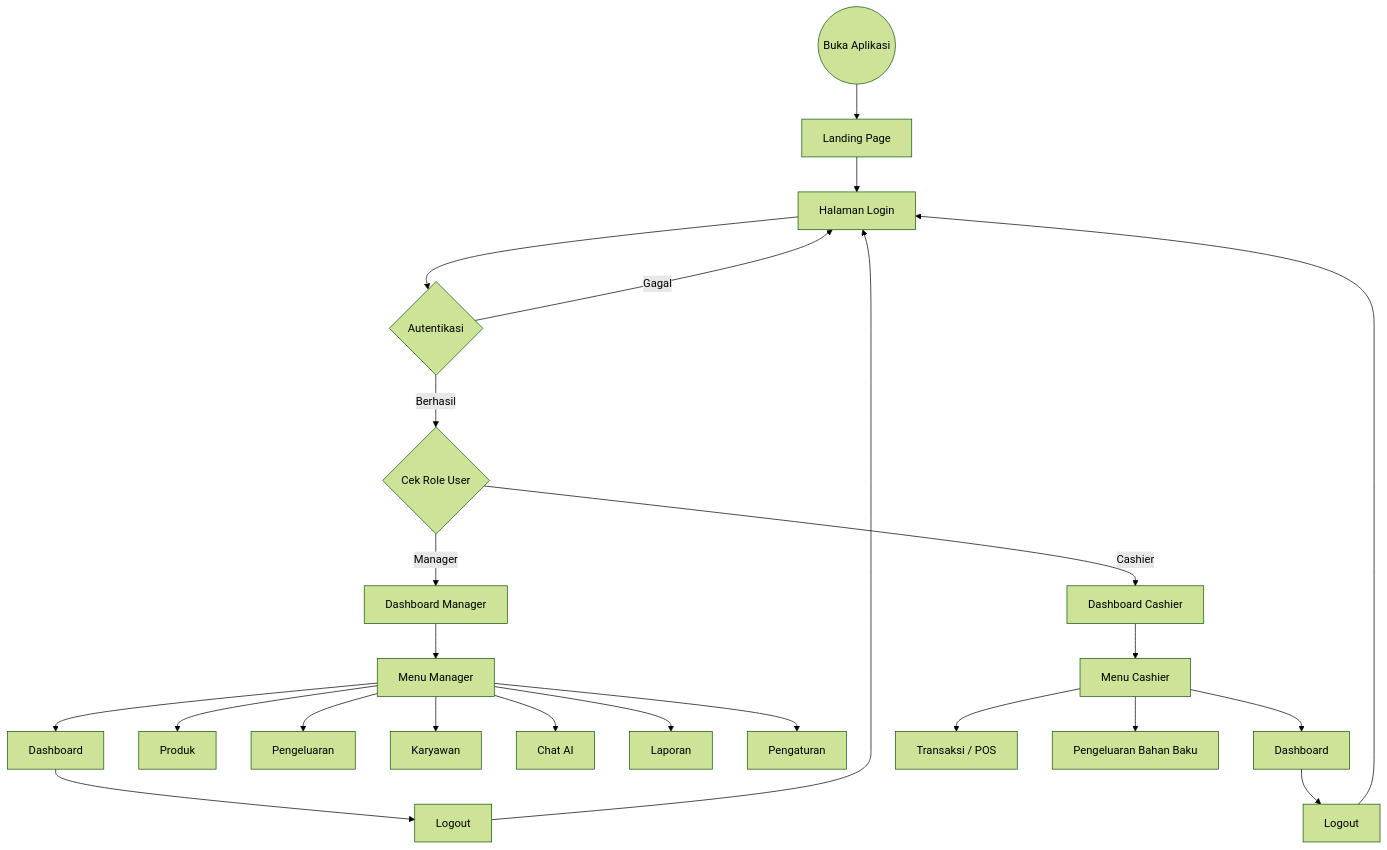
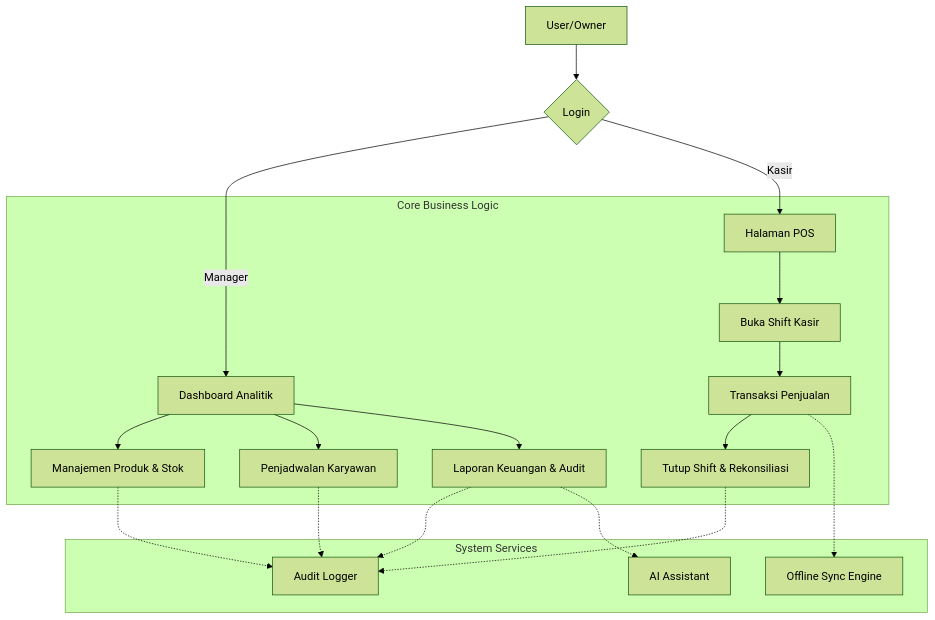
The diagram in docs/flowcharts/01_overview_system.mmd (Niervash/Teratur-ID--POS-), drawn with Mermaid (forest theme) before and after one commit. The commit also changed 23 other files, not shown here.

```diff
--- a/docs/flowcharts/01_overview_system.mmd
+++ b/docs/flowcharts/01_overview_system.mmd
@@ -1,27 +1,23 @@
-flowchart TD
-    START((Buka Aplikasi)) --> LANDING[Landing Page]
-    LANDING --> LOGIN[Halaman Login]
-    LOGIN --> AUTH{Autentikasi}
-    AUTH -->|Gagal| LOGIN
-    AUTH -->|Berhasil| ROLE{Cek Role User}
-    ROLE -->|Manager| MGR_DASH[Dashboard Manager]
-    ROLE -->|Cashier| CSR_DASH[Dashboard Cashier]
+graph TD
+    A[User/Owner] --> B{Login}
+    B -->|Manager| C[Dashboard Analitik]
+    B -->|Kasir| D[Halaman POS]
+    
+    subgraph "Core Business Logic"
+        C --> C1[Manajemen Produk & Stok]
+        C --> C2[Penjadwalan Karyawan]
+        C --> C3[Laporan Keuangan & Audit]
+        D --> D1[Buka Shift Kasir]
+        D1 --> D2[Transaksi Penjualan]
+        D2 --> D3[Tutup Shift & Rekonsiliasi]
+    end
 
-    MGR_DASH --> MGR_MENU[Menu Manager]
-    MGR_MENU --> M1[Dashboard]
-    MGR_MENU --> M2[Produk]
-    MGR_MENU --> M3[Pengeluaran]
-    MGR_MENU --> M4[Karyawan]
-    MGR_MENU --> M5[Chat AI]
-    MGR_MENU --> M6[Laporan]
-    MGR_MENU --> M7[Pengaturan]
+    subgraph "System Services"
+        S1[Audit Logger]
+        S2[Offline Sync Engine]
+        S3[AI Assistant]
+    end
 
-    CSR_DASH --> CSR_MENU[Menu Cashier]
-    CSR_MENU --> C1[Dashboard]
-    CSR_MENU --> C2[Transaksi / POS]
-    CSR_MENU --> C3[Pengeluaran Bahan Baku]
-
-    M1 --> LOGOUT1[Logout]
-    C1 --> LOGOUT2[Logout]
-    LOGOUT1 --> LOGIN
-    LOGOUT2 --> LOGIN
+    C1 & C2 & C3 & D3 -.-> S1
+    D2 -.-> S2
+    C3 -.-> S3
```
